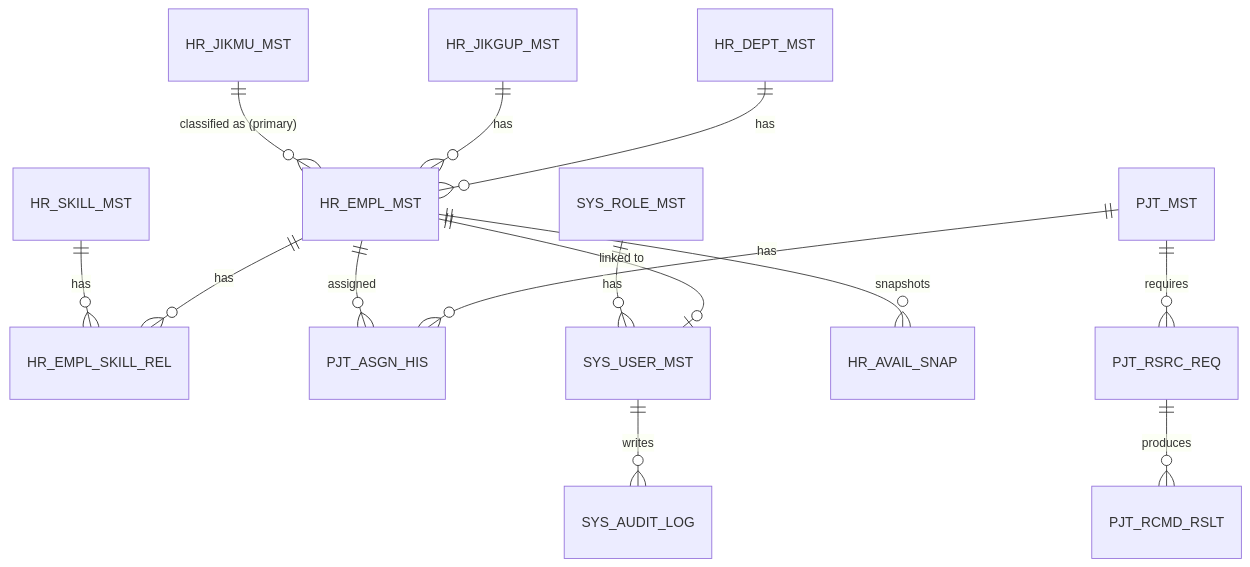
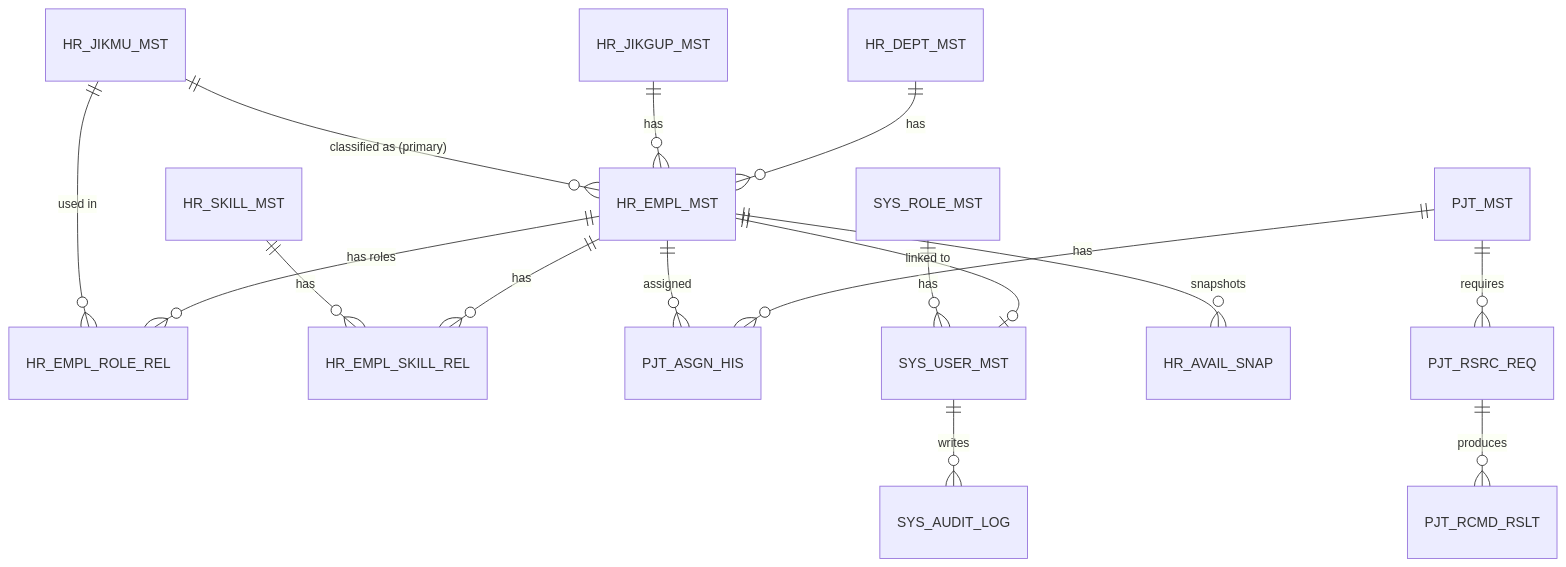
The diagram in backend/docs/ERD.md (BenJLeeKR/hrm_automation), drawn with Mermaid before and after one commit. The commit also changed other lines of this file and 3 other files, not shown here.

````diff
--- a/backend/docs/ERD.md
+++ b/backend/docs/ERD.md
@@ -37,16 +37,18 @@
 ```mermaid
 erDiagram
     HR_DEPT_MST ||--o{ HR_EMPL_MST : has
     HR_JIKGUP_MST ||--o{ HR_EMPL_MST : has
     HR_JIKMU_MST ||--o{ HR_EMPL_MST : "classified as (primary)"
+    HR_EMPL_MST ||--o{ HR_EMPL_ROLE_REL : "has roles"
+    HR_JIKMU_MST ||--o{ HR_EMPL_ROLE_REL : "used in"
     HR_EMPL_MST ||--o{ HR_EMPL_SKILL_REL : has
     HR_SKILL_MST ||--o{ HR_EMPL_SKILL_REL : has
     PJT_MST ||--o{ PJT_ASGN_HIS : has
     HR_EMPL_MST ||--o{ PJT_ASGN_HIS : assigned
     PJT_MST ||--o{ PJT_RSRC_REQ : requires
     PJT_RSRC_REQ ||--o{ PJT_RCMD_RSLT : produces
     HR_EMPL_MST ||--o{ HR_AVAIL_SNAP : snapshots
     SYS_USER_MST ||--o{ SYS_AUDIT_LOG : writes
     HR_EMPL_MST ||--o| SYS_USER_MST : "linked to"
     SYS_ROLE_MST ||--o{ SYS_USER_MST : has
 ```
````
